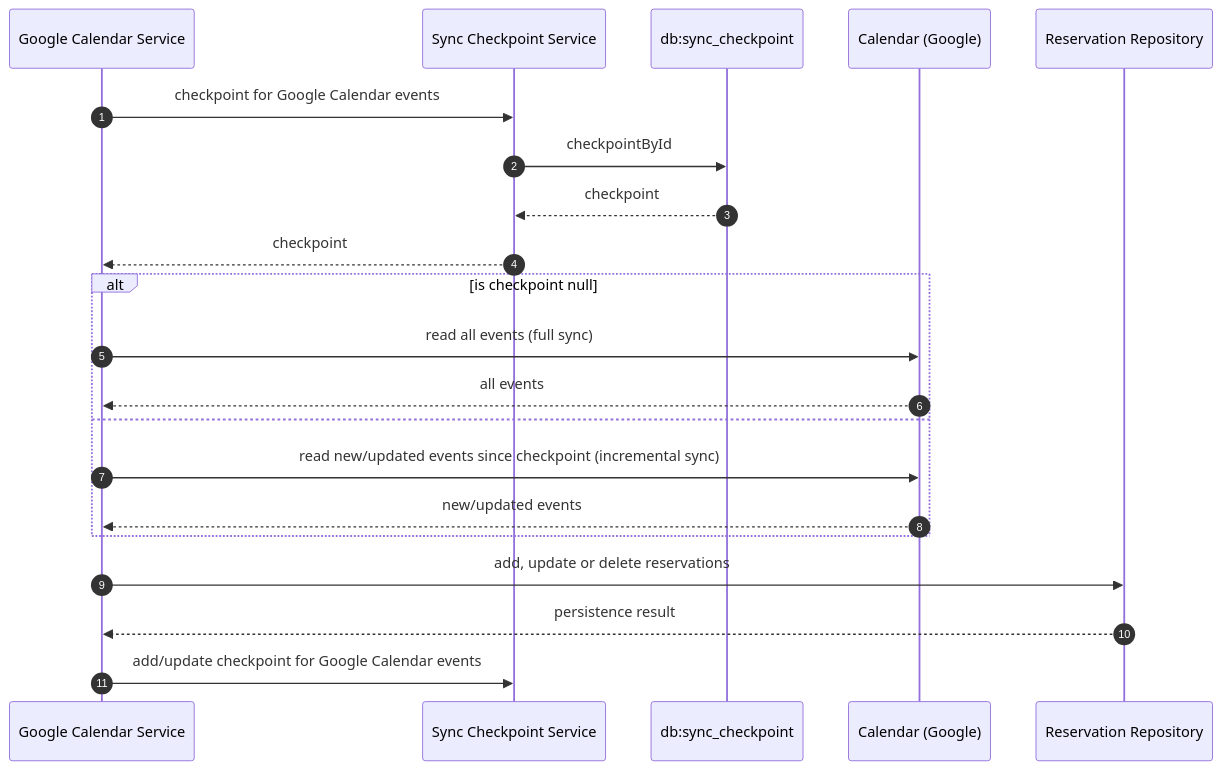
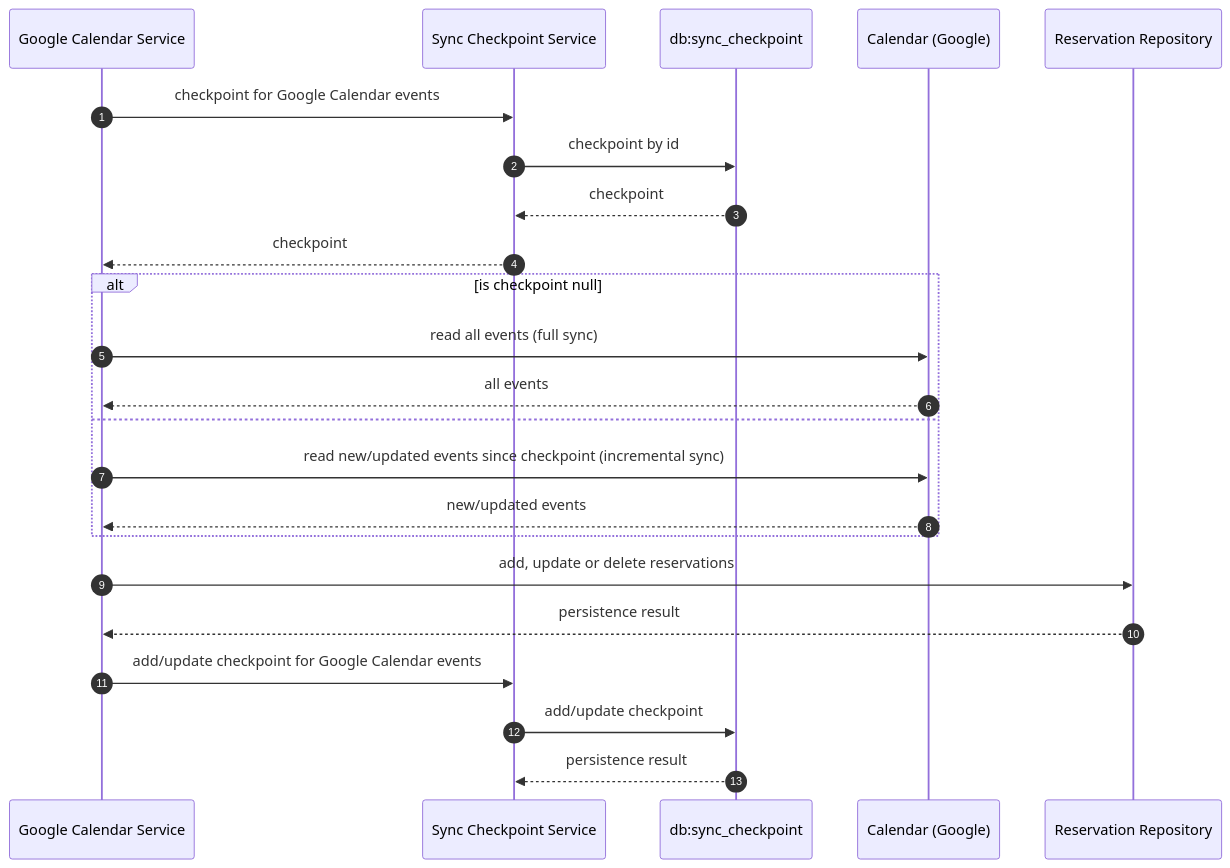
The third of 3 diagrams in docs/solution_architecture.md (ismarslomic/cabin-visits-kotlin), drawn with Mermaid before and after one commit.

Commit message:
docs(architecture): more details to Google Calendar Service

````diff
--- a/docs/solution_architecture.md
+++ b/docs/solution_architecture.md
@@ -59,27 +59,28 @@
 ```mermaid
 sequenceDiagram
     autonumber
     participant GoogleCalendarService as Google Calendar Service
     participant SyncCheckpointService as Sync Checkpoint Service
     participant sync_checkpoint as db:sync_checkpoint
     participant Calendar as Calendar (Google)
     participant ReservationRepository as Reservation Repository
     
     GoogleCalendarService->>SyncCheckpointService: checkpoint for Google Calendar events
-    SyncCheckpointService->>sync_checkpoint: checkpointById
+    SyncCheckpointService->>sync_checkpoint: checkpoint by id
     sync_checkpoint-->>SyncCheckpointService: checkpoint
     SyncCheckpointService-->>GoogleCalendarService: checkpoint
     
     alt is checkpoint null
         GoogleCalendarService->>Calendar: read all events (full sync)
         Calendar-->>GoogleCalendarService: all events
     else
         GoogleCalendarService->>Calendar: read new/updated events since checkpoint (incremental sync)
         Calendar-->>GoogleCalendarService: new/updated events
     end
     
     GoogleCalendarService->>ReservationRepository: add, update or delete reservations
     ReservationRepository-->>GoogleCalendarService: persistence result
-    
     GoogleCalendarService->>SyncCheckpointService: add/update checkpoint for Google Calendar events
+    SyncCheckpointService->>sync_checkpoint: add/update checkpoint
+    sync_checkpoint-->>SyncCheckpointService: persistence result
 ```
````
